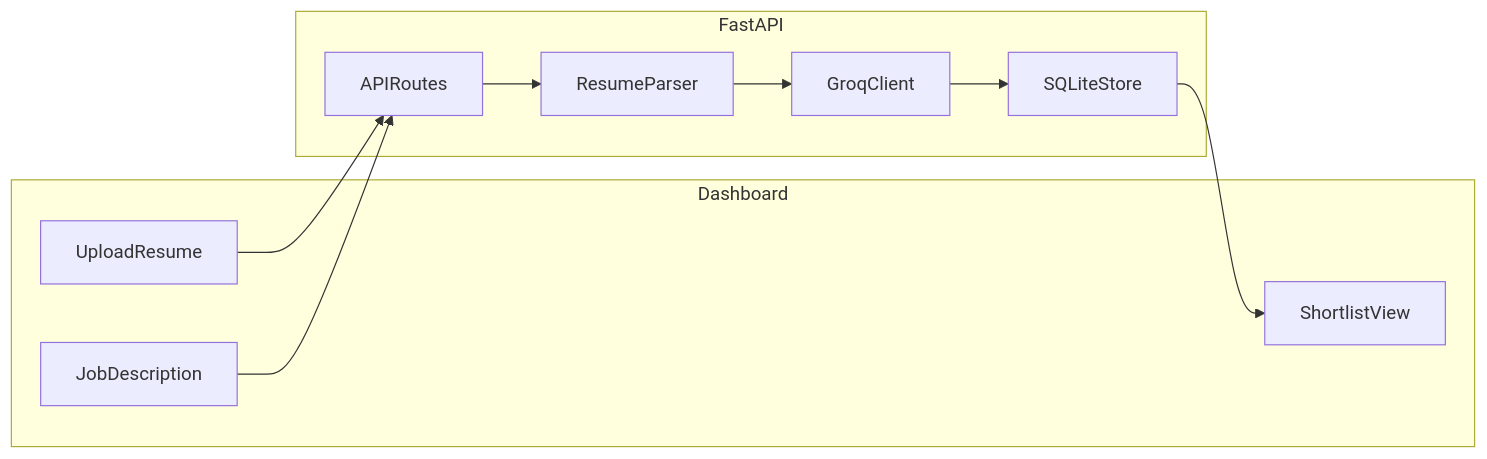
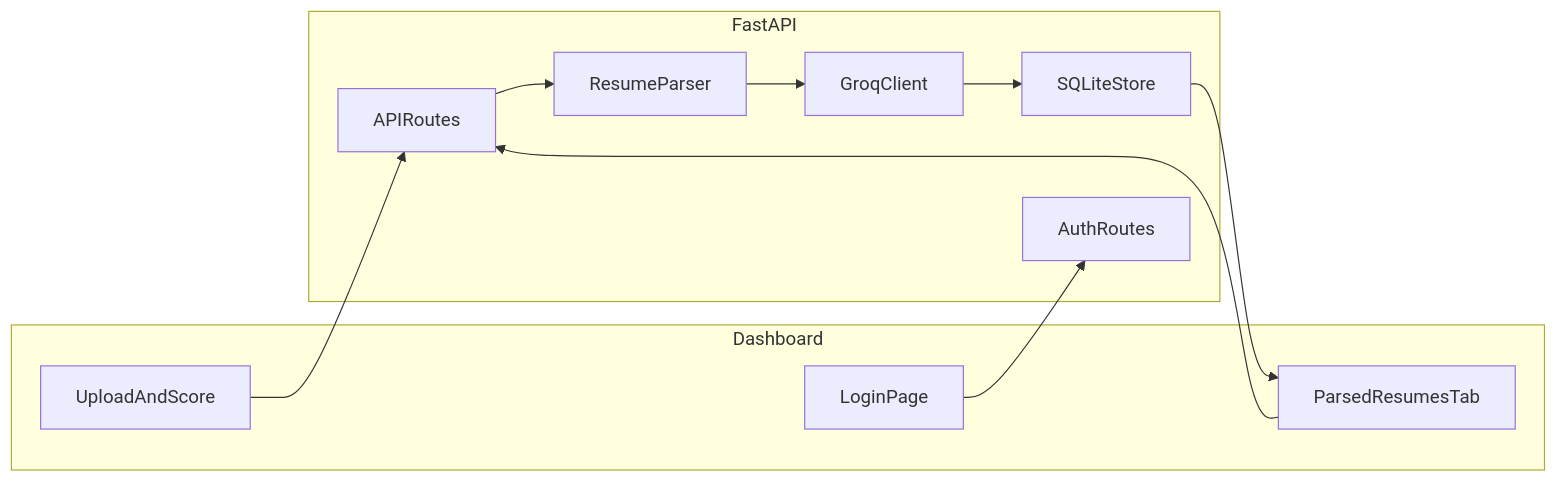
One commit to ShreekarN/Unthinkable-Shortlist-Assessment-Batch-2027-Smart-Resume-Screener changed the diagram in README.md. Above: the diagram before and after it, drawn with Mermaid. The commit also changed other lines of this file and 40 other files, not shown here.

Commit message:
Add login, JD presets, parsed resumes tab, tests, and updated screenshots

````diff
--- a/README.md
+++ b/README.md
@@ -23,22 +29,24 @@
 ```mermaid
 flowchart LR
     subgraph ui [Dashboard]
-        Upload[UploadResume]
-        JobForm[JobDescription]
-        Results[ShortlistView]
+        Login[LoginPage]
+        Upload[UploadAndScore]
+        Parsed[ParsedResumesTab]
     end
 
     subgraph api [FastAPI]
+        Auth[AuthRoutes]
         Routes[APIRoutes]
         Parser[ResumeParser]
         Llm[GroqClient]
         Store[SQLiteStore]
     end
 
+    Login --> Auth
     Upload --> Routes
-    JobForm --> Routes
+    Parsed --> Routes
     Routes --> Parser
     Parser --> Llm
     Llm --> Store
-    Store --> Results
+    Store --> Parsed
 ```
````
